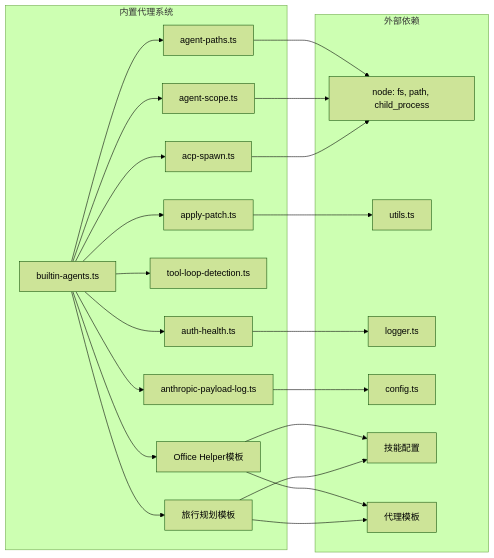
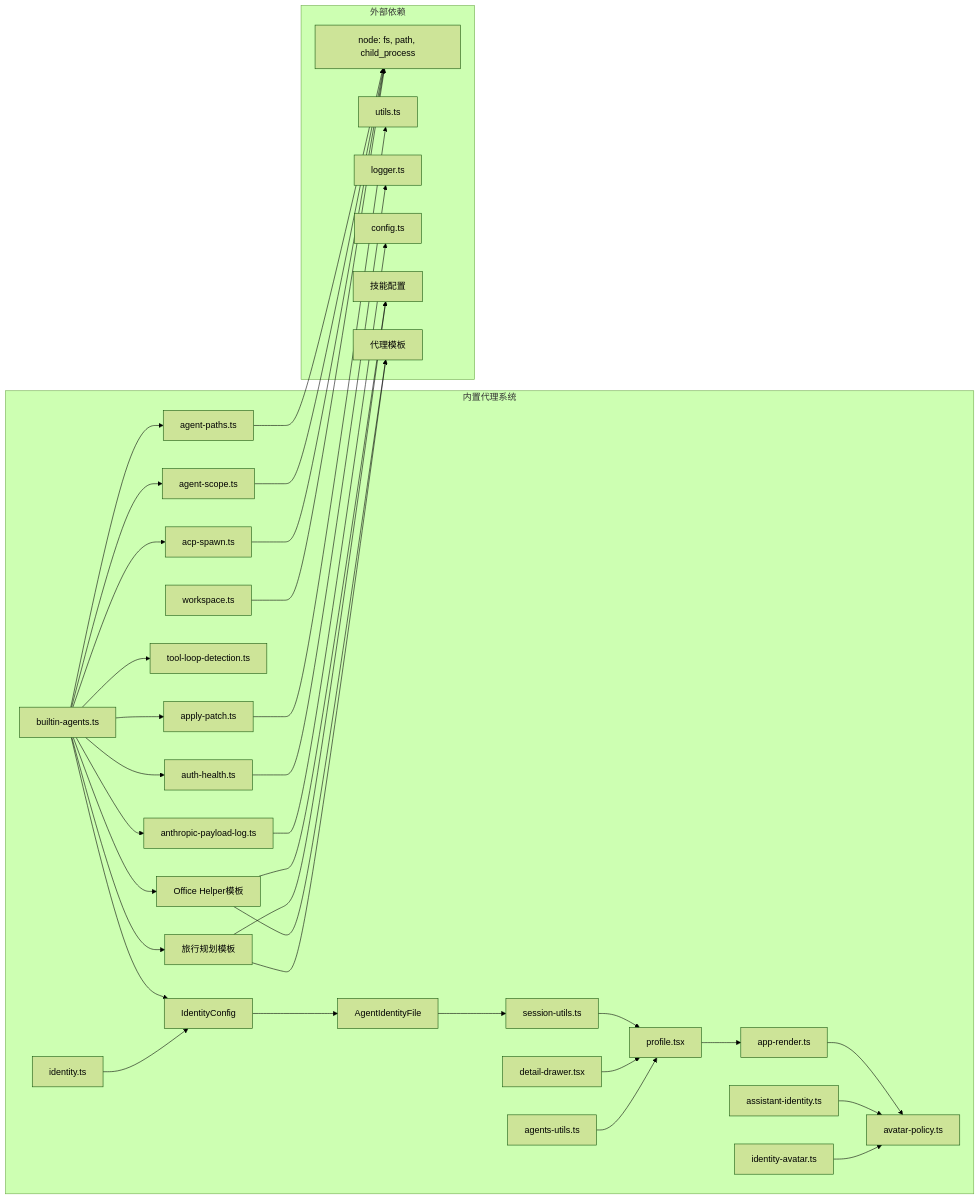
One commit to verse-ai-org/openclaw changed diagram 14 of 15 in .qoder/repowiki/zh/content/Builtin Agents System.md. Above: the diagram before and after it, drawn with Mermaid (forest theme). The commit also changed other lines of this file and 55 other files, not shown here.

````diff
--- a/.qoder/repowiki/zh/content/Builtin Agents System.md
+++ b/.qoder/repowiki/zh/content/Builtin Agents System.md
@@ -495,42 +632,66 @@
 ```mermaid
 graph LR
 subgraph "内置代理系统"
 BA[builtin-agents.ts]
 AP[agent-paths.ts]
 AS[agent-scope.ts]
 ACSP[acp-spawn.ts]
 APP[apply-patch.ts]
 TLD[tool-loop-detection.ts]
 AH[auth-health.ts]
 APL[anthropic-payload-log.ts]
 OHT[Office Helper模板]
 TPT[旅行规划模板]
+IC[IdentityConfig]
+AIF[AgentIdentityFile]
+SU[session-utils.ts]
+PR[profile.tsx]
+AR[app-render.ts]
+APC[avatar-policy.ts]
+WS[workspace.ts]
+AID[assistant-identity.ts]
+AID2[identity.ts]
+IA[identity-avatar.ts]
+DD[detail-drawer.tsx]
+AU[agents-utils.ts]
 end
 subgraph "外部依赖"
 Node[node: fs, path, child_process]
 Utils[utils.ts]
 Logger[logger.ts]
 Config[config.ts]
 Skills[技能配置]
 Templates[代理模板]
 end
 BA --> AP
 BA --> AS
 BA --> ACSP
 BA --> APP
 BA --> TLD
 BA --> AH
 BA --> APL
 BA --> OHT
 BA --> TPT
+BA --> IC
+IC --> AIF
+AIF --> SU
+SU --> PR
+PR --> AR
+AR --> APC
 OHT --> Skills
 TPT --> Skills
 OHT --> Templates
 TPT --> Templates
 AP --> Node
 AS --> Node
 ACSP --> Node
 APP --> Utils
 AH --> Logger
 APL --> Config
+WS --> Node
+AID --> APC
+AID2 --> IC
+IA --> APC
+DD --> PR
+AU --> PR
 ```
````
